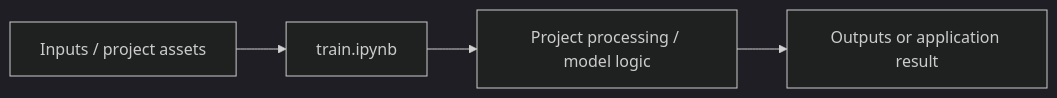
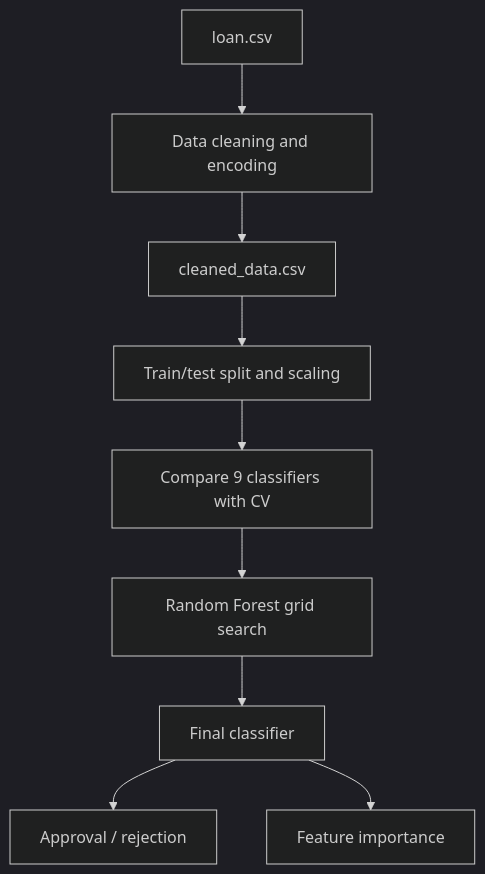
Before and after one commit to Rajkumar-Ai-Engineer/120_ProjectStreak: the diagram in Machine_Learning/loan_prediction/README.md, drawn with Mermaid (dark theme). The commit also changed other lines of this file, not shown here.

Commit message:
docs(ml): improve loan_prediction project documentation

````diff
--- a/Machine_Learning/loan_prediction/README.md
+++ b/Machine_Learning/loan_prediction/README.md
@@ -21,6 +15,11 @@
 ```mermaid
-flowchart LR
-    I[Inputs / project assets] --> E[train.ipynb]
-    E --> P[Project processing / model logic]
-    P --> O[Outputs or application result]
+flowchart TD
+ A[loan.csv] --> B[Data cleaning and encoding]
+ B --> C[cleaned_data.csv]
+ C --> D[Train/test split and scaling]
+ D --> E[Compare 9 classifiers with CV]
+ E --> F[Random Forest grid search]
+ F --> G[Final classifier]
+ G --> H[Approval / rejection]
+ G --> I[Feature importance]
 ```
````
